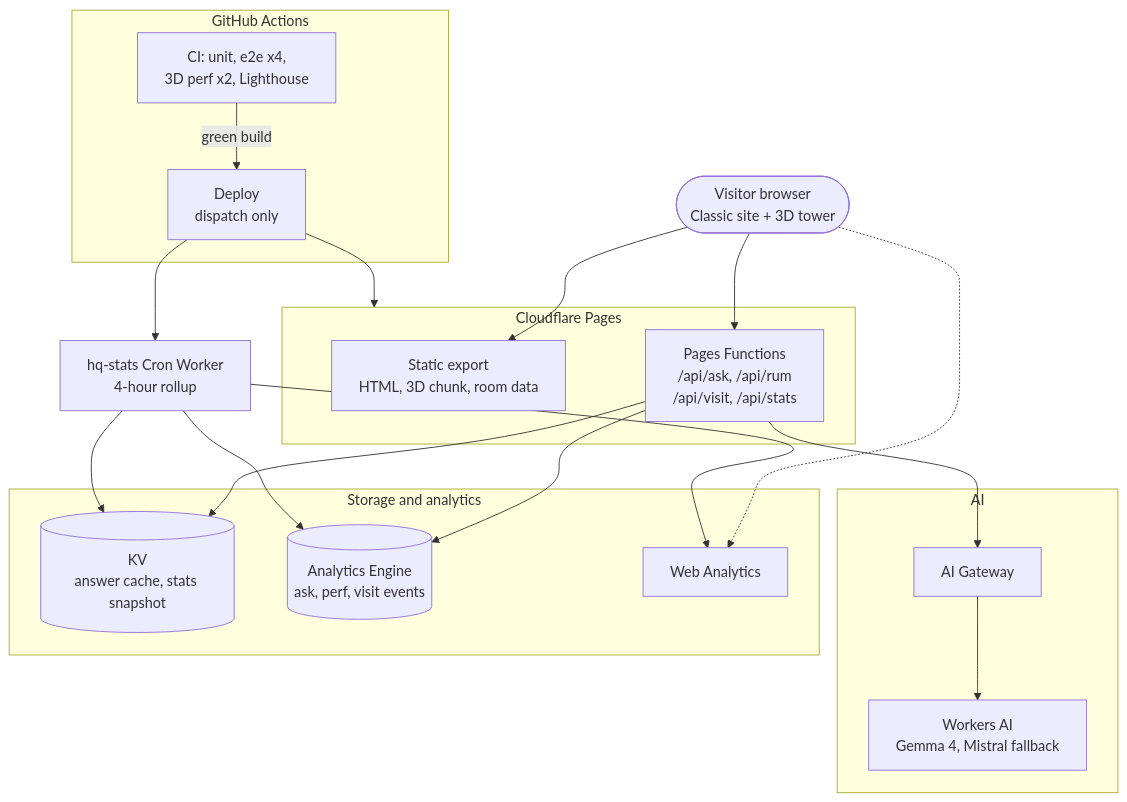
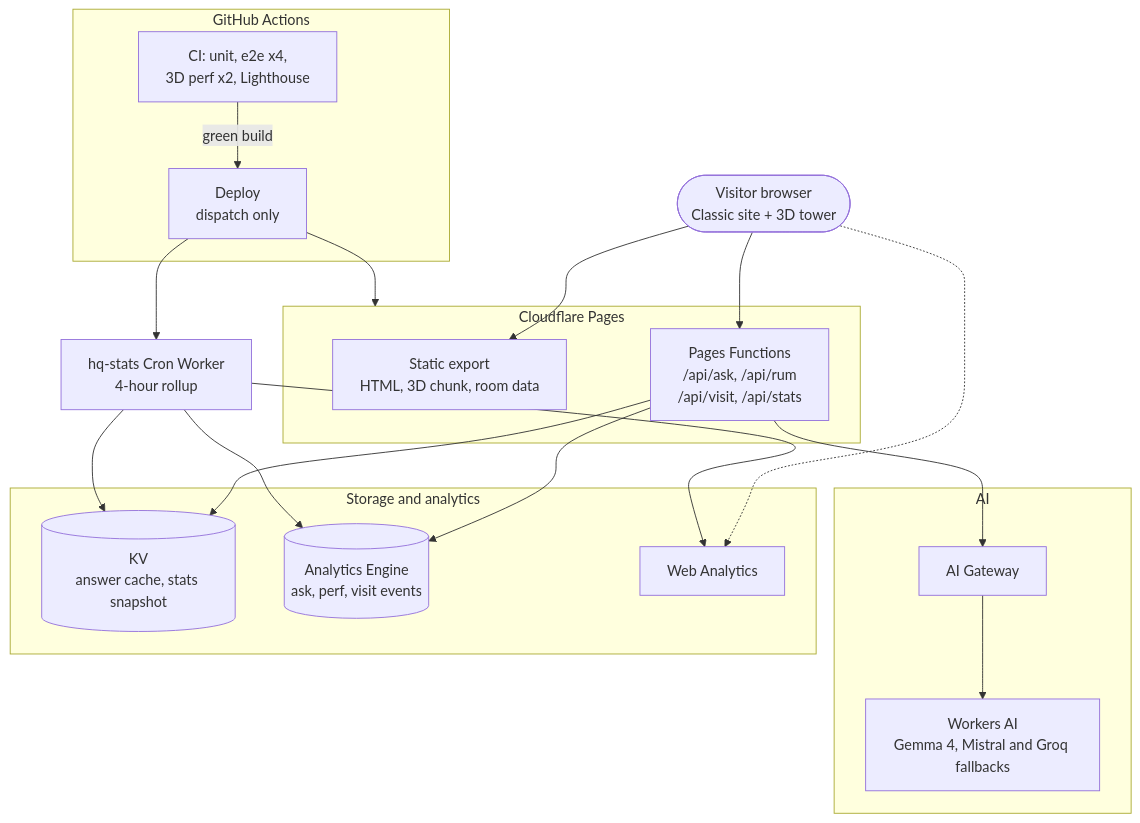
Before and after one commit to ShinyQ/ShinyQ-HQ: the diagram in README.md, drawn with Mermaid. The commit also changed other lines of this file and 11 other files, not shown here.

````diff
--- a/README.md
+++ b/README.md
@@ -75,37 +75,37 @@
 ```mermaid
 flowchart TB
   visitor(["Visitor browser<br/>Classic site + 3D tower"])
 
   subgraph pagesbox["Cloudflare Pages"]
     pages["Static export<br/>HTML, 3D chunk, room data"]
     fn["Pages Functions<br/>/api/ask, /api/rum<br/>/api/visit, /api/stats"]
   end
 
   subgraph aibox["AI"]
-    gateway["AI Gateway"] --> wai["Workers AI<br/>Gemma 4, Mistral fallback"]
+    gateway["AI Gateway"] --> wai["Workers AI<br/>Gemma 4, Mistral and Groq fallbacks"]
   end
 
   subgraph databox["Storage and analytics"]
     kv[("KV<br/>answer cache, stats snapshot")]
     ae[("Analytics Engine<br/>ask, perf, visit events")]
     wa["Web Analytics"]
   end
 
   cron["hq-stats Cron Worker<br/>4-hour rollup"]
 
   subgraph ghbox["GitHub Actions"]
     ci["CI: unit, e2e x4,<br/>3D perf x2, Lighthouse"] -->|green build| deploy["Deploy<br/>dispatch only"]
   end
 
   visitor --> pages
   visitor --> fn
   visitor -.-> wa
   fn --> gateway
   fn --> kv
   fn --> ae
   cron --> wa
   cron --> ae
   cron --> kv
   deploy --> pagesbox
   deploy --> cron
 ```
````
